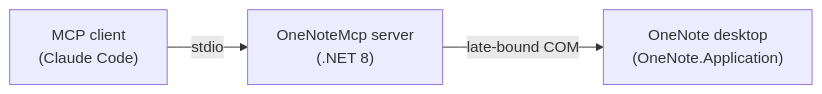
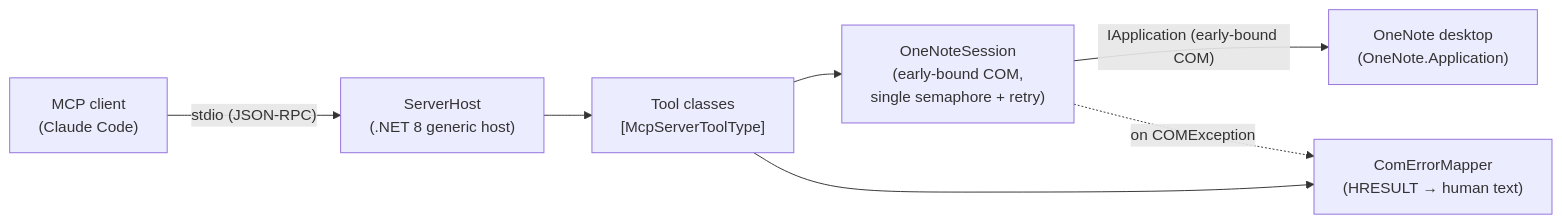
One commit to PetePeter/onenote-mcp changed the first of 2 diagrams in README.md. Above: the diagram before and after it, drawn with Mermaid. The commit also changed other lines of this file, not shown here.

First line of the commit message:
P-0538: README docs — tool catalog, mermaid architecture, MCP registration

````diff
--- a/README.md
+++ b/README.md
@@ -13,5 +20,9 @@
 ```mermaid
 flowchart LR
-    Client["MCP client<br/>(Claude Code)"] -- stdio --> Server["OneNoteMcp server<br/>(.NET 8)"]
-    Server -- late-bound COM --> OneNote["OneNote desktop<br/>(OneNote.Application)"]
+    Client["MCP client<br/>(Claude Code)"] -- "stdio (JSON-RPC)" --> Host["ServerHost<br/>(.NET 8 generic host)"]
+    Host --> Tools["Tool classes<br/>[McpServerToolType]"]
+    Tools --> Session["OneNoteSession<br/>(early-bound COM,<br/>single semaphore + retry)"]
+    Tools --> Mapper["ComErrorMapper<br/>(HRESULT → human text)"]
+    Session -- "IApplication (early-bound COM)" --> OneNote["OneNote desktop<br/>(OneNote.Application)"]
+    Session -. "on COMException" .-> Mapper
 ```
````
